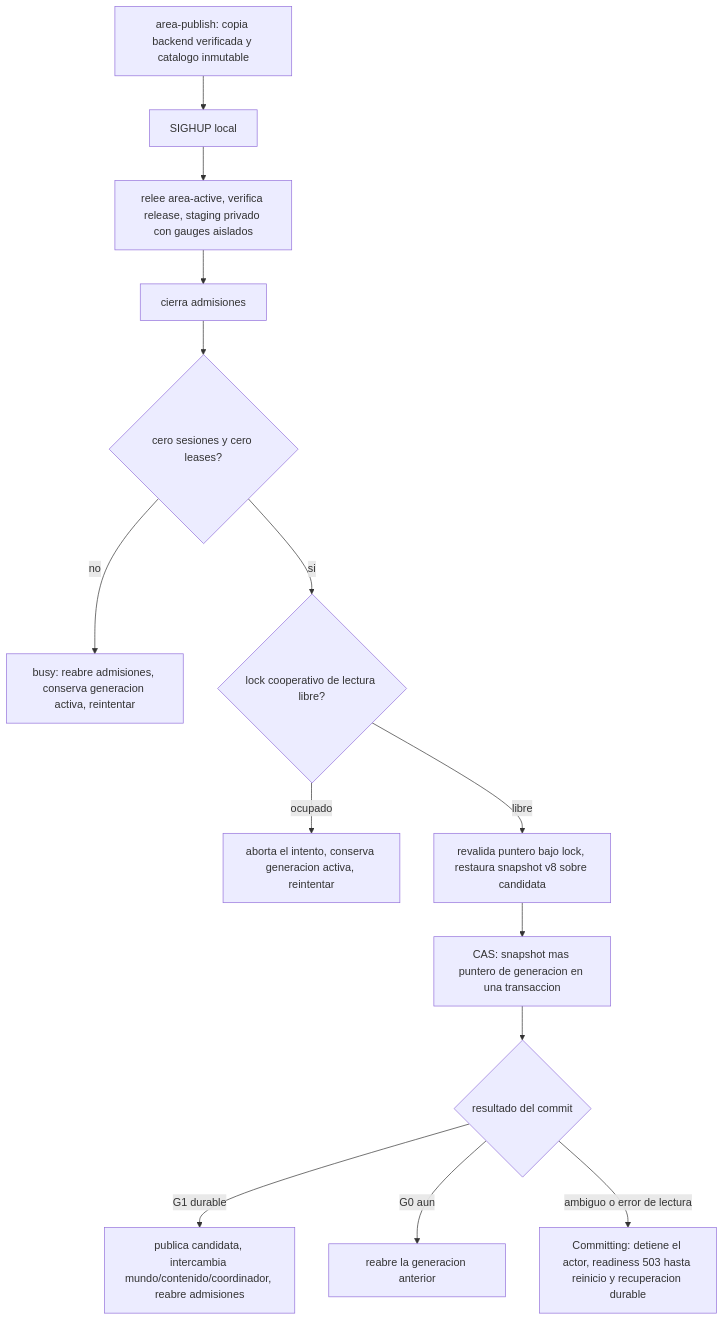
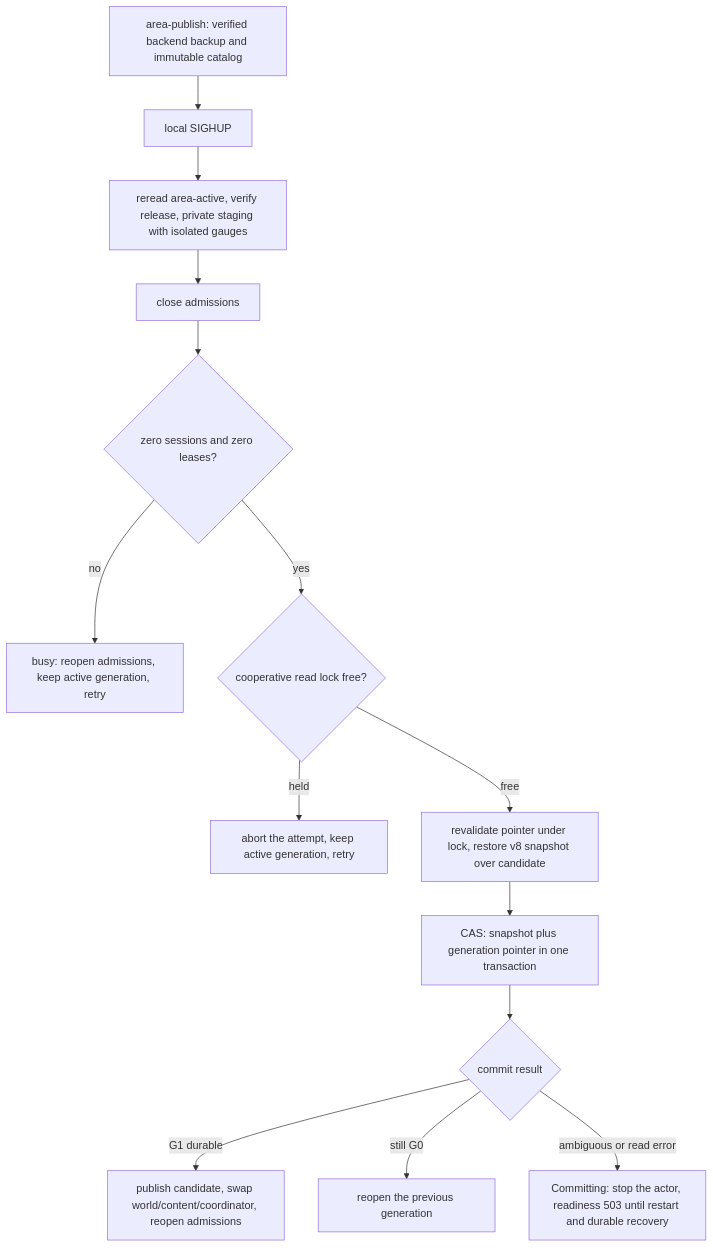
Before and after one commit to hyukudan/tiamud: the diagram in docs/operations/single-host.md, drawn with Mermaid. The commit also changed other lines of this file and 11 other files, not shown here.

````diff
--- a/docs/operations/single-host.md
+++ b/docs/operations/single-host.md
@@ -567,16 +571,16 @@
 ```mermaid
 flowchart TD
-    A["area-publish: copia backend verificada y catalogo inmutable"] --> B["SIGHUP local"]
-    B --> C["relee area-active, verifica release, staging privado con gauges aislados"]
-    C --> D["cierra admisiones"]
-    D --> E{"cero sesiones y cero leases?"}
-    E -->|"no"| E1["busy: reabre admisiones, conserva generacion activa, reintentar"]
-    E -->|"si"| F{"lock cooperativo de lectura libre?"}
-    F -->|"ocupado"| F1["aborta el intento, conserva generacion activa, reintentar"]
-    F -->|"libre"| G["revalida puntero bajo lock, restaura snapshot v8 sobre candidata"]
-    G --> H["CAS: snapshot mas puntero de generacion en una transaccion"]
-    H --> I{"resultado del commit"}
-    I -->|"G1 durable"| J["publica candidata, intercambia mundo/contenido/coordinador, reabre admisiones"]
-    I -->|"G0 aun"| K["reabre la generacion anterior"]
-    I -->|"ambiguo o error de lectura"| L["Committing: detiene el actor, readiness 503 hasta reinicio y recuperacion durable"]
+    A["area-publish: verified backend backup and immutable catalog"] --> B["local SIGHUP"]
+    B --> C["reread area-active, verify release, private staging with isolated gauges"]
+    C --> D["close admissions"]
+    D --> E{"zero sessions and zero leases?"}
+    E -->|"no"| E1["busy: reopen admissions, keep active generation, retry"]
+    E -->|"yes"| F{"cooperative read lock free?"}
+    F -->|"held"| F1["abort the attempt, keep active generation, retry"]
+    F -->|"free"| G["revalidate pointer under lock, restore v8 snapshot over candidate"]
+    G --> H["CAS: snapshot plus generation pointer in one transaction"]
+    H --> I{"commit result"}
+    I -->|"G1 durable"| J["publish candidate, swap world/content/coordinator, reopen admissions"]
+    I -->|"still G0"| K["reopen the previous generation"]
+    I -->|"ambiguous or read error"| L["Committing: stop the actor, readiness 503 until restart and durable recovery"]
 ```
````
